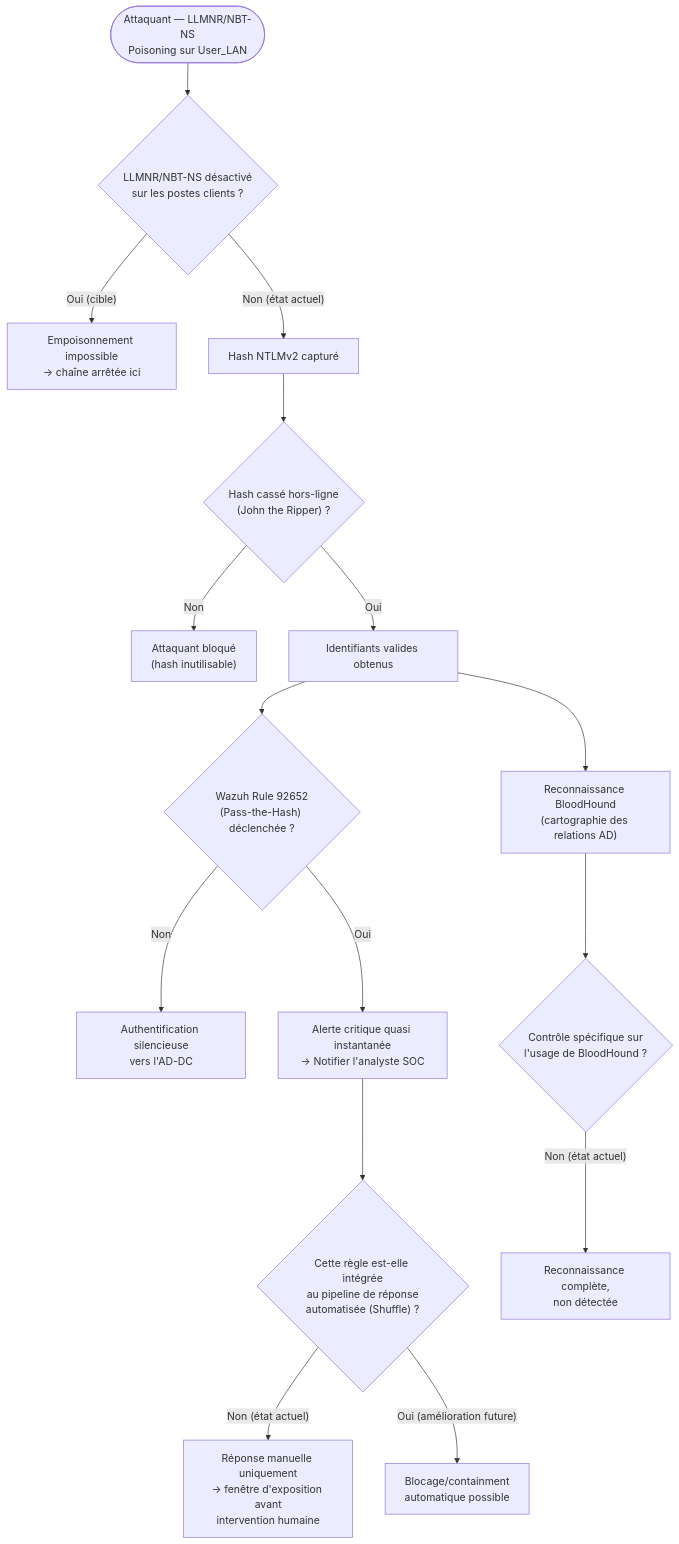
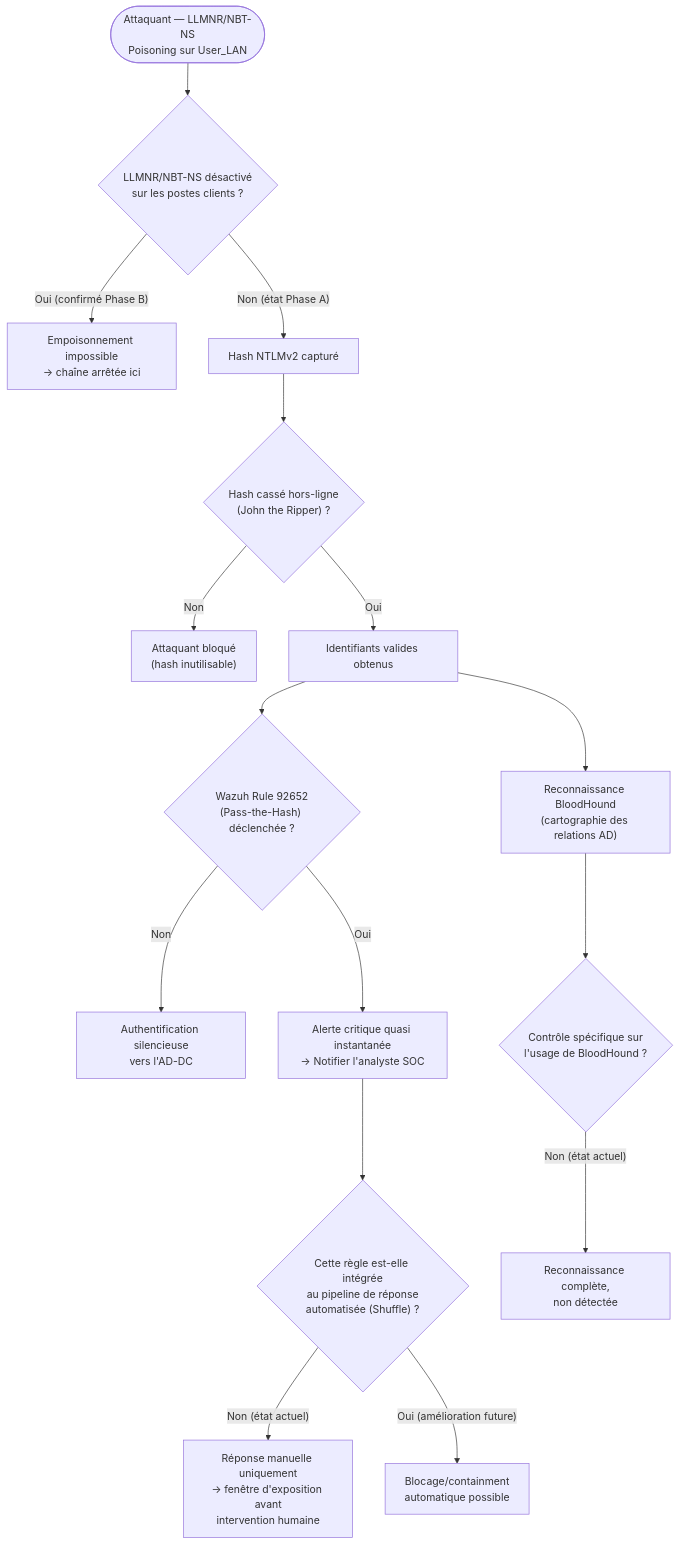
One commit to ahmedargoubi/soc-lab-repo changed the diagram in threat-model-04-active-directory.md. Above: the diagram before and after it, drawn with Mermaid. The commit also changed other lines of this file, not shown here.

````diff
--- a/threat-model-04-active-directory.md
+++ b/threat-model-04-active-directory.md
@@ -5,22 +5,22 @@
 ```mermaid
 flowchart TD
     A(["Attaquant — LLMNR/NBT-NS\nPoisoning sur User_LAN"]) --> B{"LLMNR/NBT-NS désactivé\nsur les postes clients ?"}
-    B -- "Oui (cible)" --> C["Empoisonnement impossible\n→ chaîne arrêtée ici"]
-    B -- "Non (état actuel)" --> D["Hash NTLMv2 capturé"]
+    B -- "Oui (confirmé Phase B)" --> C["Empoisonnement impossible\n→ chaîne arrêtée ici"]
+    B -- "Non (état Phase A)" --> D["Hash NTLMv2 capturé"]
 
     D --> E{"Hash cassé hors-ligne\n(John the Ripper) ?"}
     E -- "Non" --> F["Attaquant bloqué\n(hash inutilisable)"]
     E -- "Oui" --> G["Identifiants valides obtenus"]
 
     G --> H{"Wazuh Rule 92652\n(Pass-the-Hash) déclenchée ?"}
     H -- "Non" --> I["Authentification silencieuse\nvers l'AD-DC"]
     H -- "Oui" --> J["Alerte critique quasi instantanée\n→ Notifier l'analyste SOC"]
 
     J --> K{"Cette règle est-elle intégrée\nau pipeline de réponse\nautomatisée (Shuffle) ?"}
     K -- "Non (état actuel)" --> L["Réponse manuelle uniquement\n→ fenêtre d'exposition avant\nintervention humaine"]
     K -- "Oui (amélioration future)" --> M["Blocage/containment\nautomatique possible"]
 
     G --> N["Reconnaissance BloodHound\n(cartographie des relations AD)"]
     N --> O{"Contrôle spécifique sur\nl'usage de BloodHound ?"}
     O -- "Non (état actuel)" --> P["Reconnaissance complète,\nnon détectée"]
 ```
````
